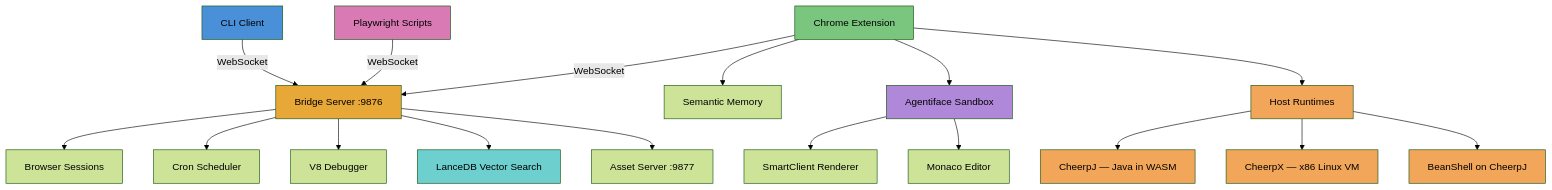
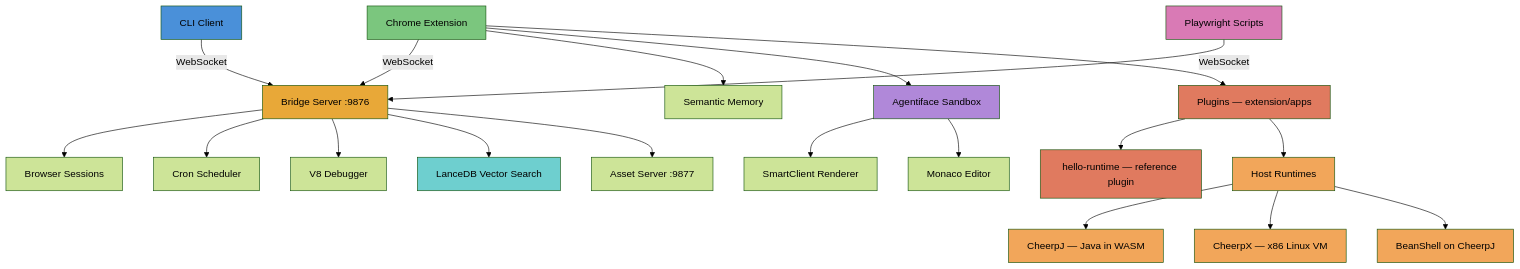
The diagram in README.md (bigale/agentidev), drawn with Mermaid (forest theme) before and after one commit. The commit also changed other lines of this file, not shown here.

First line of the commit message:
README: document the plugin system and the hello-runtime demo (#9)

````diff
--- a/README.md
+++ b/README.md
@@ -13,30 +13,34 @@
 ```mermaid
 graph TD
     style CLI fill:#4A90D9,color:black
     style Bridge fill:#E8A838,color:black
     style Ext fill:#7BC67E,color:black
     style PW fill:#D97AB5,color:black
     style SC fill:#B088D9,color:black
     style Vec fill:#6ECFCF,color:black
     style Runtimes fill:#F2A65A,color:black
     style CheerpJ fill:#F2A65A,color:black
     style CheerpX fill:#F2A65A,color:black
     style Bsh fill:#F2A65A,color:black
+    style Plugins fill:#E07A5F,color:black
+    style Hello fill:#E07A5F,color:black
 
     CLI[CLI Client] -->|WebSocket| Bridge[Bridge Server :9876]
     Ext[Chrome Extension] -->|WebSocket| Bridge
     PW[Playwright Scripts] -->|WebSocket| Bridge
     Bridge --> Sessions[Browser Sessions]
     Bridge --> Sched[Cron Scheduler]
     Bridge --> Debug[V8 Debugger]
     Bridge --> Vec[LanceDB Vector Search]
     Bridge --> Assets[Asset Server :9877]
     Ext --> SM[Semantic Memory]
     Ext --> SC[Agentiface Sandbox]
-    Ext --> Runtimes[Host Runtimes]
+    Ext --> Plugins[Plugins — extension/apps]
+    Plugins --> Hello[hello-runtime — reference plugin]
+    Plugins --> Runtimes[Host Runtimes]
     Runtimes --> CheerpJ[CheerpJ — Java in WASM]
     Runtimes --> CheerpX[CheerpX — x86 Linux VM]
     Runtimes --> Bsh[BeanShell on CheerpJ]
     SC --> Renderer[SmartClient Renderer]
     SC --> Monaco[Monaco Editor]
 ```
````
